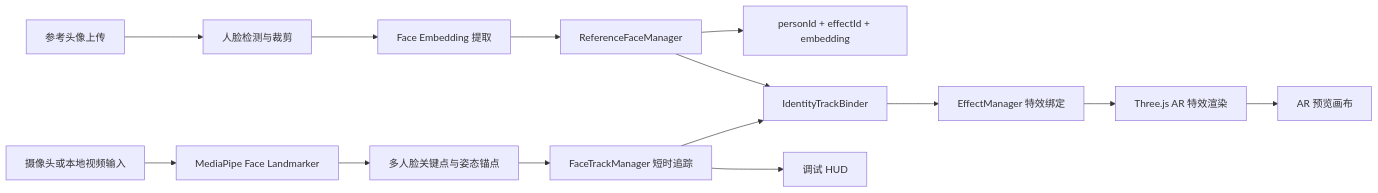
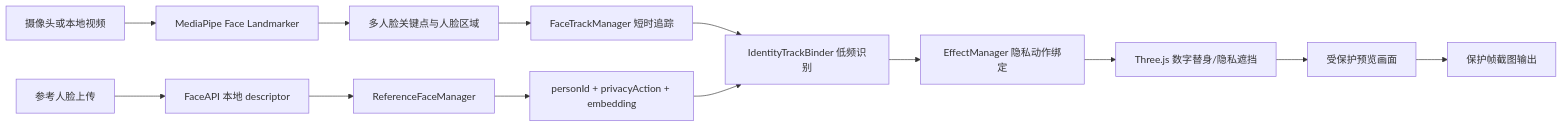
The diagram in docs/report-outline.md (juedouwang/FaceAR), drawn with Mermaid before and after one commit. The commit also changed other lines of this file and 30 other files, not shown here.

````diff
--- a/docs/report-outline.md
+++ b/docs/report-outline.md
@@ -25,17 +30,16 @@
 ```mermaid
 flowchart LR
-  A["参考头像上传"] --> B["人脸检测与裁剪"]
-  B --> C["Face Embedding 提取"]
-  C --> D["ReferenceFaceManager"]
-  D --> E["personId + effectId + embedding"]
+  A["参考人脸上传"] --> B["FaceAPI 本地 descriptor"]
+  B --> C["ReferenceFaceManager"]
+  C --> D["personId + privacyAction + embedding"]
 
-  F["摄像头或本地视频输入"] --> G["MediaPipe Face Landmarker"]
-  G --> H["多人脸关键点与姿态锚点"]
-  H --> I["FaceTrackManager 短时追踪"]
-  I --> J["IdentityTrackBinder"]
-  D --> J
-  J --> K["EffectManager 特效绑定"]
-  K --> L["Three.js AR 特效渲染"]
-  I --> M["调试 HUD"]
-  L --> N["AR 预览画布"]
+  E["摄像头或本地视频"] --> F["MediaPipe Face Landmarker"]
+  F --> G["多人脸关键点与人脸区域"]
+  G --> H["FaceTrackManager 短时追踪"]
+  H --> I["IdentityTrackBinder 低频识别"]
+  D --> I
+  I --> J["EffectManager 隐私动作绑定"]
+  J --> K["Three.js 数字替身/隐私遮挡"]
+  K --> L["受保护预览画面"]
+  L --> M["保护帧截图输出"]
 ```
````
